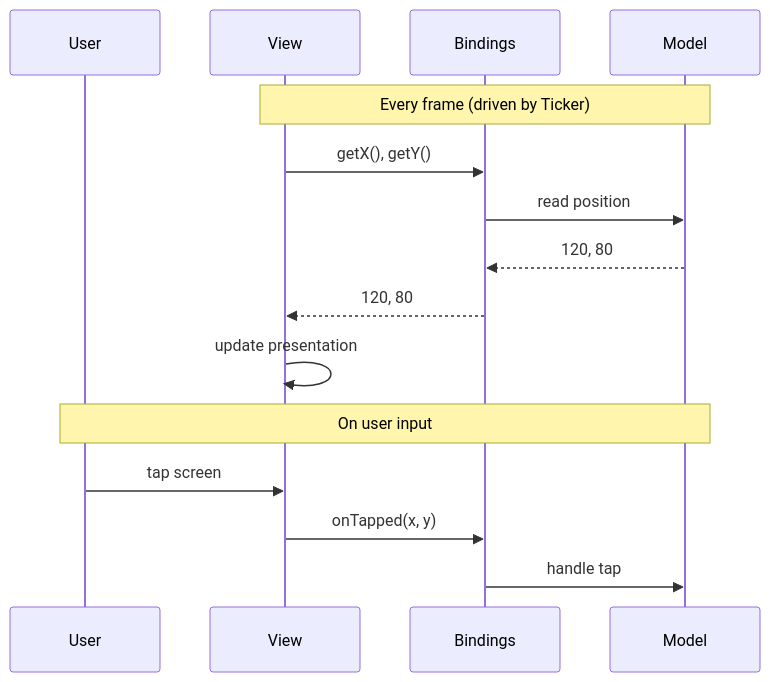
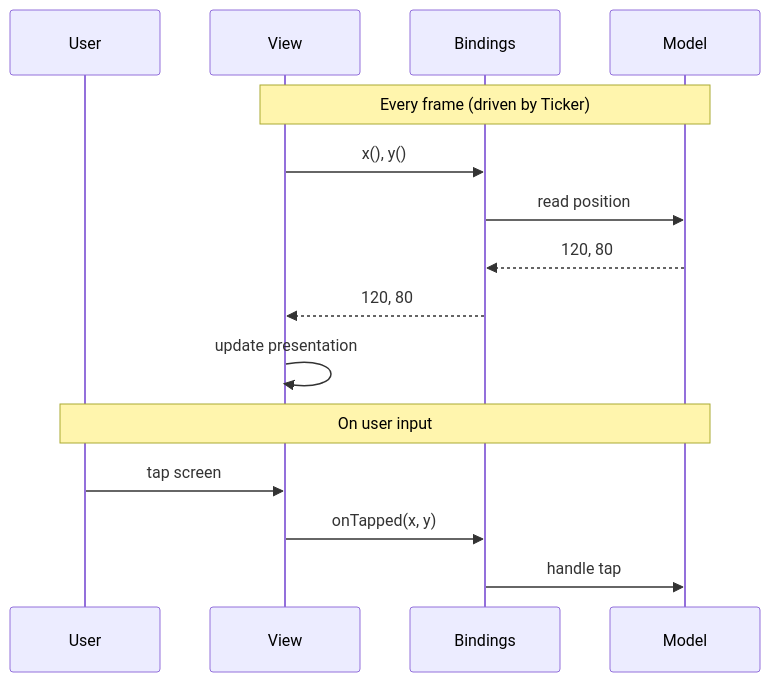
Before and after one commit to yortus/mvt-games: the diagram in docs/building-with-mvt/presenting-the-world/bindings.md, drawn with Mermaid. The commit also changed other lines of this file and 33 other files, not shown here.

````diff
--- a/docs/building-with-mvt/presenting-the-world/bindings.md
+++ b/docs/building-with-mvt/presenting-the-world/bindings.md
@@ -32,19 +29,19 @@
 ```mermaid
 sequenceDiagram
     participant User
     participant View
     participant Bindings
     participant Model
 
     Note over View,Model: Every frame (driven by Ticker)
-    View->>Bindings: getX(), getY()
+    View->>Bindings: x(), y()
     Bindings->>Model: read position
     Model-->>Bindings: 120, 80
     Bindings-->>View: 120, 80
     View->>View: update presentation
 
     Note over User,Model: On user input
     User->>View: tap screen
     View->>Bindings: onTapped(x, y)
     Bindings->>Model: handle tap
 ```
````
